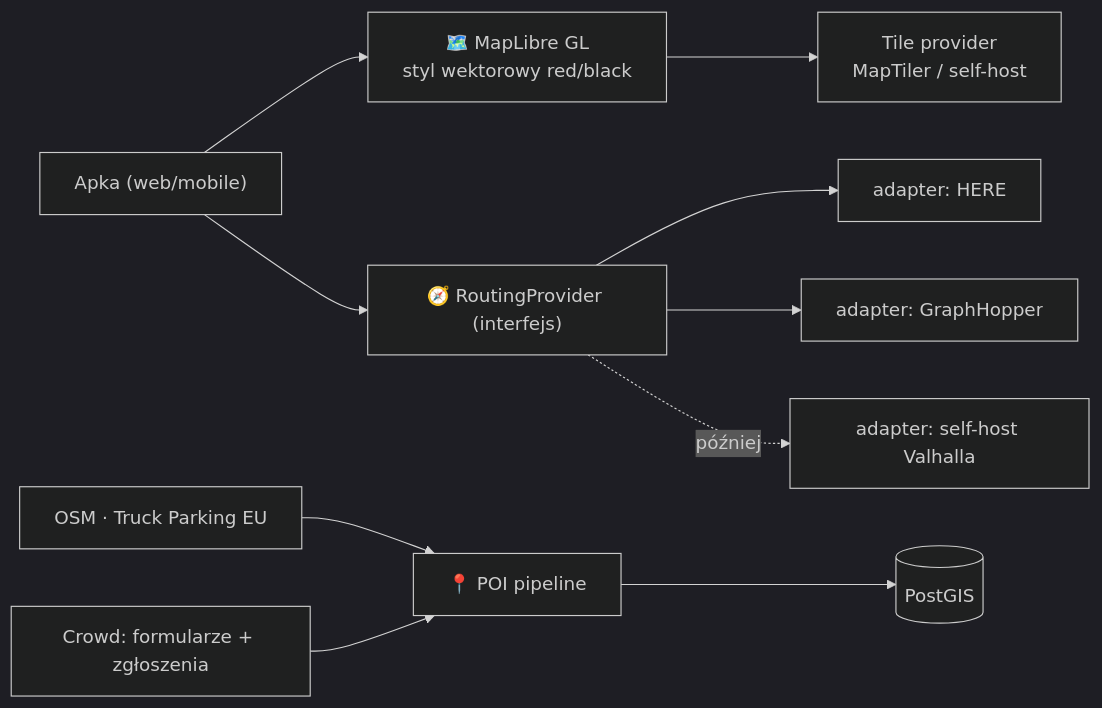
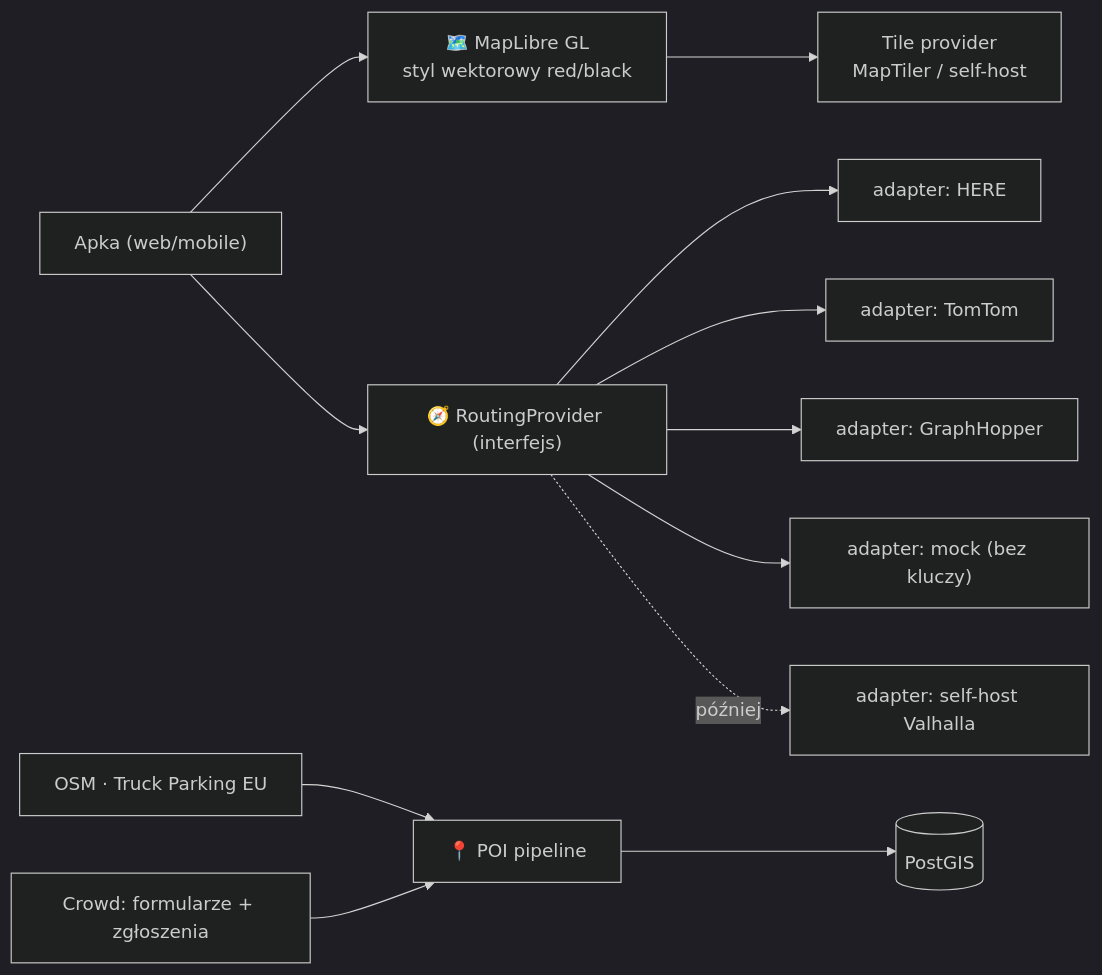
One commit to Gh0s777tt/E-Map changed the second of 2 diagrams in docs/ARCHITECTURE.md. Above: the diagram before and after it, drawn with Mermaid (dark theme). The commit also changed other lines of this file and 15 other files, not shown here.

````diff
--- a/docs/ARCHITECTURE.md
+++ b/docs/ARCHITECTURE.md
@@ -116,12 +117,14 @@
 ```mermaid
 flowchart LR
   APP["Apka (web/mobile)"] --> RENDER["🗺️ MapLibre GL<br/>styl wektorowy red/black"]
   APP --> RP["🧭 RoutingProvider (interfejs)"]
   RP --> HERE["adapter: HERE"]
+  RP --> TT["adapter: TomTom"]
   RP --> GH["adapter: GraphHopper"]
+  RP --> MOCK["adapter: mock (bez kluczy)"]
   RP -.->|później| VALHALLA["adapter: self-host Valhalla"]
   RENDER --> TILES["Tile provider<br/>MapTiler / self-host"]
   POI["📍 POI pipeline"] --> PG[("PostGIS")]
   OSM["OSM · Truck Parking EU"] --> POI
   CROWD["Crowd: formularze + zgłoszenia"] --> POI
 ```
````
